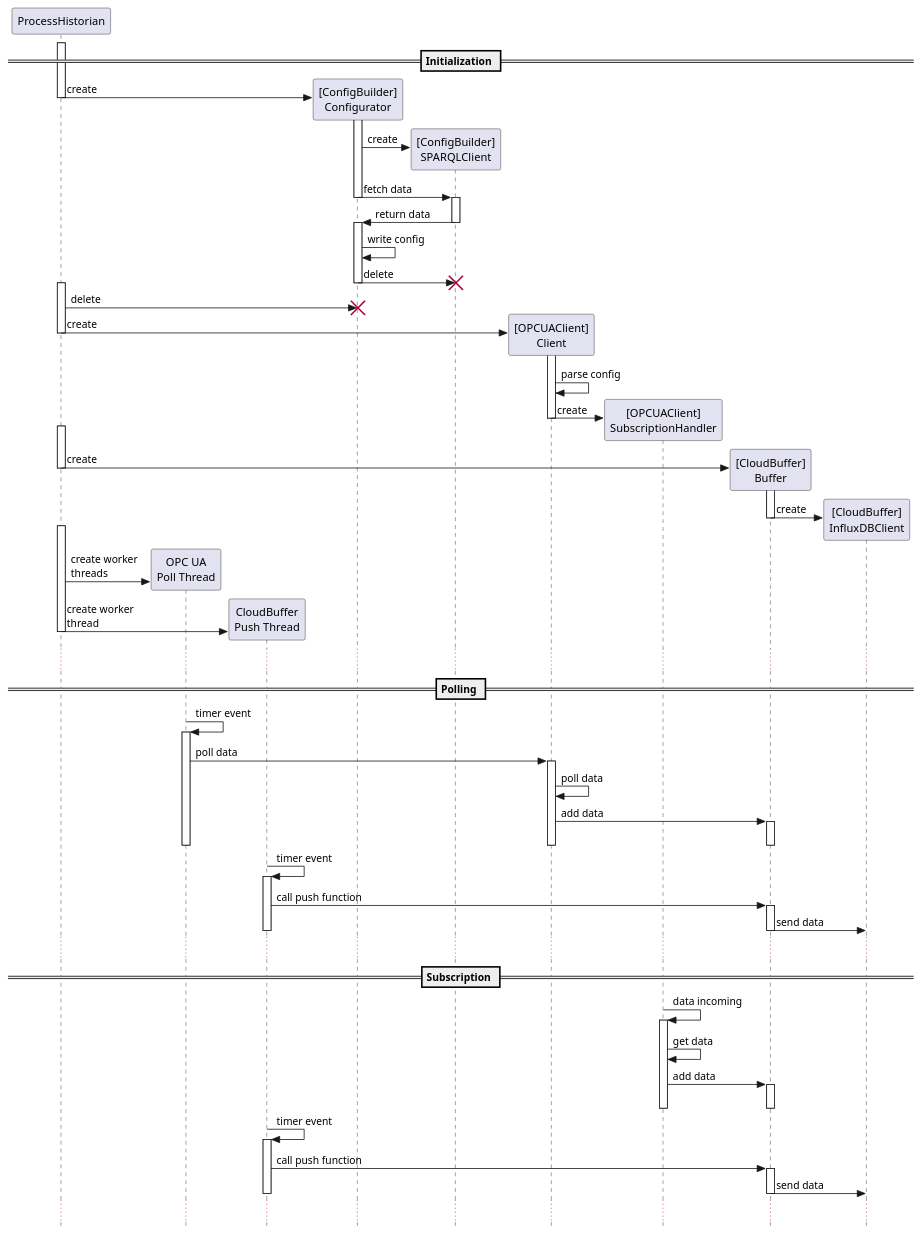
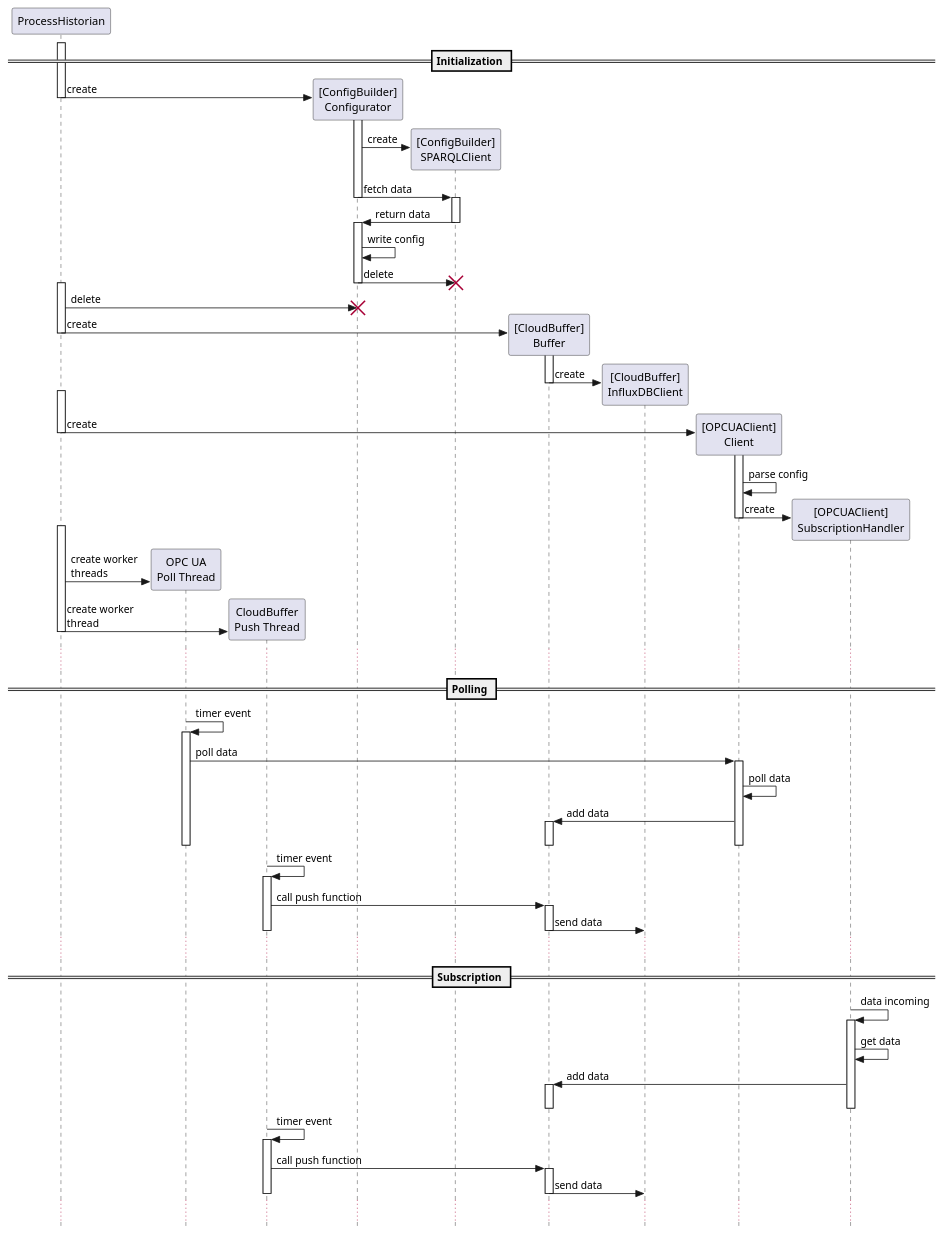
Before and after one commit to Praktikum-PvAS/process-historian: the diagram in documentation/architecture/sequence_diagram.pu, drawn with PlantUML.

Commit message:
Change order of CloudBuffer and OPCUAClient creation

```diff
--- a/documentation/architecture/sequence_diagram.pu
+++ b/documentation/architecture/sequence_diagram.pu
@@ -1,83 +1,84 @@
 @startuml "Sequence Diagram"
 skinparam style strictuml
 participant ProcessHistorian
 participant "OPC UA\nPoll Thread" as PollThread
 participant "CloudBuffer\nPush Thread" as PushThread
 == Initialization ==
 activate ProcessHistorian
 ProcessHistorian -> "[ConfigBuilder]\nConfigurator" as ConfigBuilder.Configurator ** : create
 deactivate ProcessHistorian
 activate ConfigBuilder.Configurator
 ConfigBuilder.Configurator -> "[ConfigBuilder]\nSPARQLClient" as ConfigBuilder.SPARQLClient ** : create
 ConfigBuilder.Configurator -> ConfigBuilder.SPARQLClient : fetch data
 deactivate ConfigBuilder.Configurator
 activate ConfigBuilder.SPARQLClient
 ConfigBuilder.SPARQLClient -> ConfigBuilder.Configurator : return data
 deactivate ConfigBuilder.SPARQLClient
 activate ConfigBuilder.Configurator
 ConfigBuilder.Configurator -> ConfigBuilder.Configurator : write config
 ConfigBuilder.Configurator -> ConfigBuilder.SPARQLClient !! : delete
 deactivate ConfigBuilder.Configurator
 activate ProcessHistorian
 ProcessHistorian -> ConfigBuilder.Configurator !! : delete
 
+ProcessHistorian -> "[CloudBuffer]\nBuffer" as CloudBuffer.Buffer ** : create
+activate CloudBuffer.Buffer
+deactivate ProcessHistorian
+CloudBuffer.Buffer -> "[CloudBuffer]\nInfluxDBClient" as CloudBuffer.InfluxDBClient ** : create
+deactivate CloudBuffer.Buffer
+
+activate ProcessHistorian
 ProcessHistorian -> "[OPCUAClient]\nClient" as OPCUAClient.Client ** : create
 activate OPCUAClient.Client
 deactivate ProcessHistorian
 OPCUAClient.Client -> OPCUAClient.Client : parse config
 OPCUAClient.Client -> "[OPCUAClient]\nSubscriptionHandler" as OPCUAClient.SubscriptionHandler ** : create
 deactivate OPCUAClient.Client
 
-activate ProcessHistorian
-ProcessHistorian -> "[CloudBuffer]\nBuffer" as CloudBuffer.Buffer ** : create
-activate CloudBuffer.Buffer
-deactivate ProcessHistorian
-CloudBuffer.Buffer -> "[CloudBuffer]\nInfluxDBClient" as CloudBuffer.InfluxDBClient ** : create
-deactivate CloudBuffer.Buffer
 activate ProcessHistorian
 ProcessHistorian -> PollThread ** : create worker\nthreads
 ProcessHistorian -> PushThread ** : create worker\nthread
 deactivate ProcessHistorian
 ...
 
 == Polling ==
 
 PollThread -> PollThread : timer event
 activate PollThread
 PollThread -> OPCUAClient.Client : poll data
 activate OPCUAClient.Client
 OPCUAClient.Client -> OPCUAClient.Client : poll data
 OPCUAClient.Client ->  CloudBuffer.Buffer : add data
 activate CloudBuffer.Buffer
 deactivate CloudBuffer.Buffer
 deactivate OPCUAClient.Client
 deactivate PollThread
 
 PushThread -> PushThread : timer event
 activate PushThread
 PushThread -> CloudBuffer.Buffer : call push function
 activate CloudBuffer.Buffer
 CloudBuffer.Buffer -> CloudBuffer.InfluxDBClient : send data
 deactivate CloudBuffer.Buffer
 deactivate PushThread
 ...
 
 == Subscription ==
 
 OPCUAClient.SubscriptionHandler -> OPCUAClient.SubscriptionHandler : data incoming
 activate OPCUAClient.SubscriptionHandler
 OPCUAClient.SubscriptionHandler -> OPCUAClient.SubscriptionHandler : get data
 OPCUAClient.SubscriptionHandler -> CloudBuffer.Buffer : add data
 activate CloudBuffer.Buffer
 deactivate CloudBuffer.Buffer
 deactivate OPCUAClient.SubscriptionHandler
 
 PushThread -> PushThread : timer event
 activate PushThread
 PushThread -> CloudBuffer.Buffer : call push function
 activate CloudBuffer.Buffer
 CloudBuffer.Buffer -> CloudBuffer.InfluxDBClient : send data
 deactivate CloudBuffer.Buffer
 deactivate PushThread
 ...
 @enduml
```
